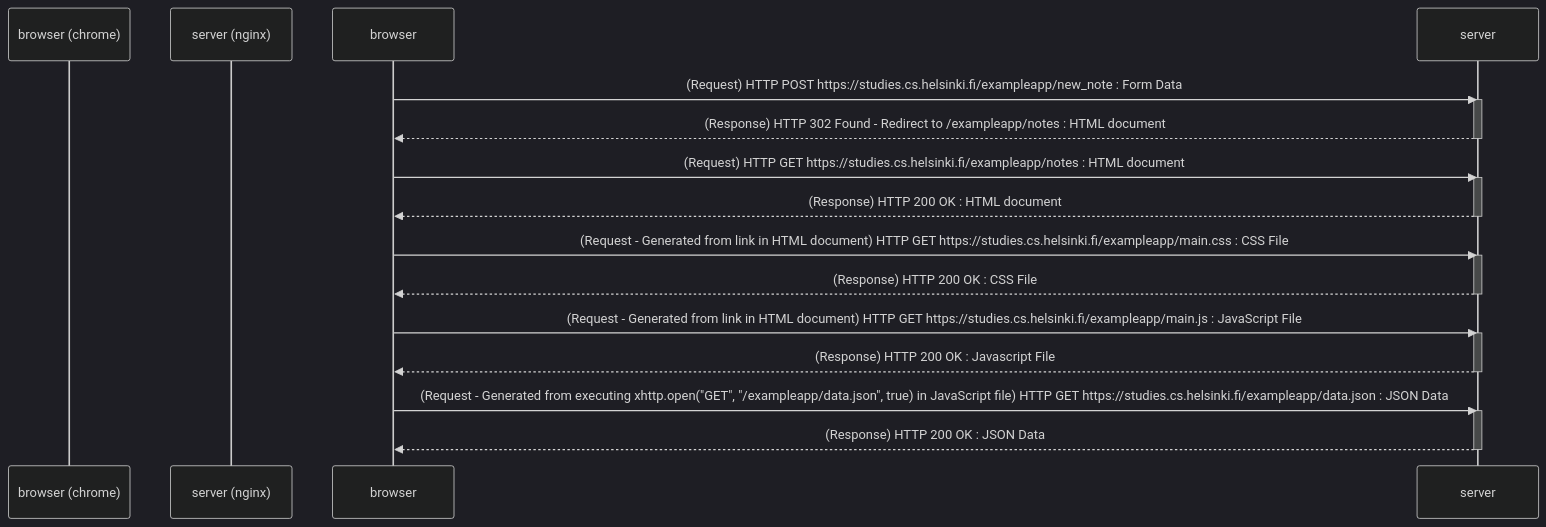
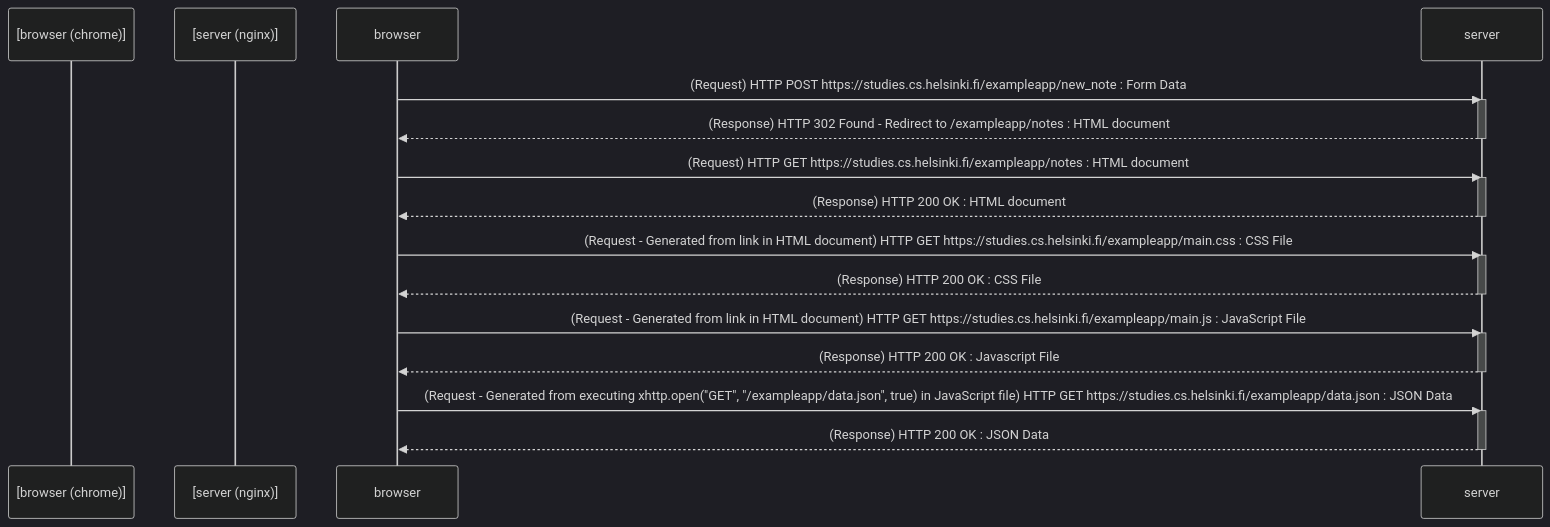
One commit to uchmod777/fso-part0 changed the diagram in 0.4-new-note-diagram.md. Above: the diagram before and after it, drawn with Mermaid (dark theme).

````diff
--- a/0.4-new-note-diagram.md
+++ b/0.4-new-note-diagram.md
@@ -3,30 +3,30 @@
 ```mermaid
 sequenceDiagram
-    participant browser (chrome)
-    participant server (nginx)
+    participant [browser (chrome)]
+    participant [server (nginx)]
 
     browser->>server: (Request) HTTP POST https://studies.cs.helsinki.fi/exampleapp/new_note : Form Data
     activate server
     server-->>browser: (Response) HTTP 302 Found - Redirect to /exampleapp/notes : HTML document
     deactivate server
 
     browser->>server: (Request) HTTP GET https://studies.cs.helsinki.fi/exampleapp/notes : HTML document
     activate server
     server-->>browser: (Response) HTTP 200 OK : HTML document
     deactivate server
 
     browser->>server: (Request - Generated from link in HTML document) HTTP GET https://studies.cs.helsinki.fi/exampleapp/main.css : CSS File
     activate server
     server-->>browser: (Response) HTTP 200 OK : CSS File
     deactivate server
 
     browser->>server: (Request - Generated from link in HTML document) HTTP GET https://studies.cs.helsinki.fi/exampleapp/main.js : JavaScript File
     activate server
     server-->>browser: (Response) HTTP 200 OK : Javascript File
     deactivate server
 
     browser->>server: (Request - Generated from executing xhttp.open("GET", "/exampleapp/data.json", true) in JavaScript file) HTTP GET https://studies.cs.helsinki.fi/exampleapp/data.json : JSON Data
     activate server
     server-->>browser: (Response) HTTP 200 OK : JSON Data
     deactivate server
 ```
````
